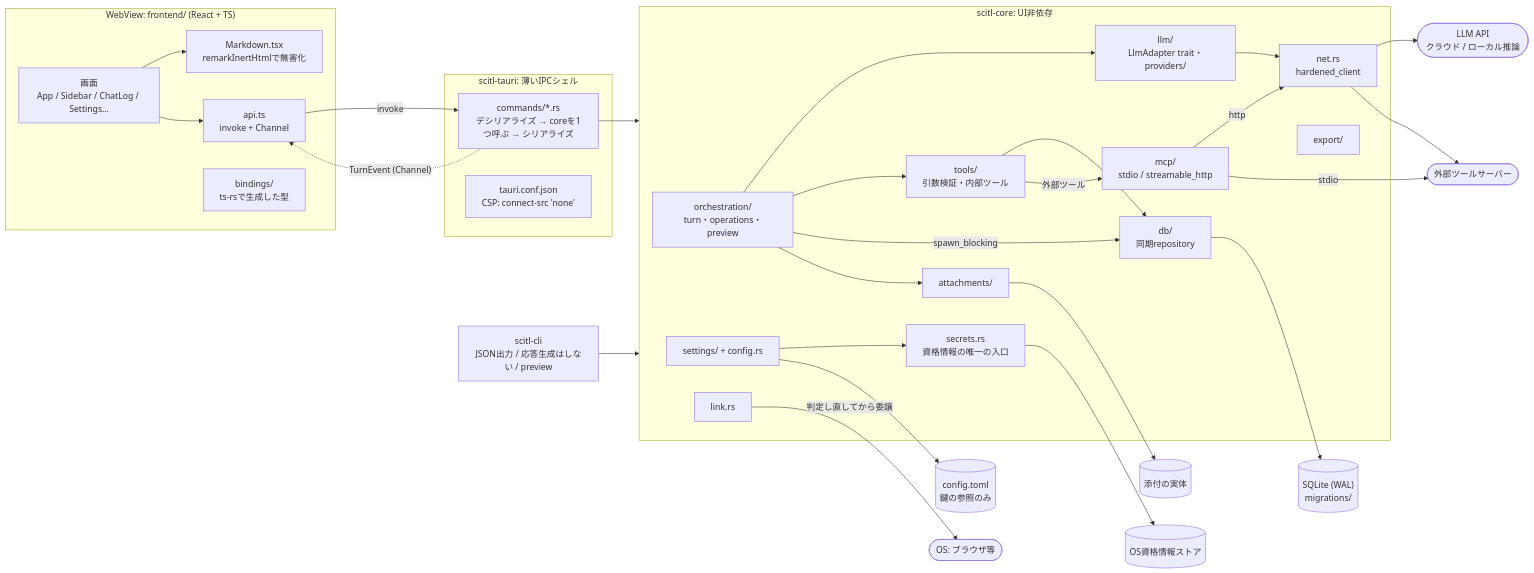
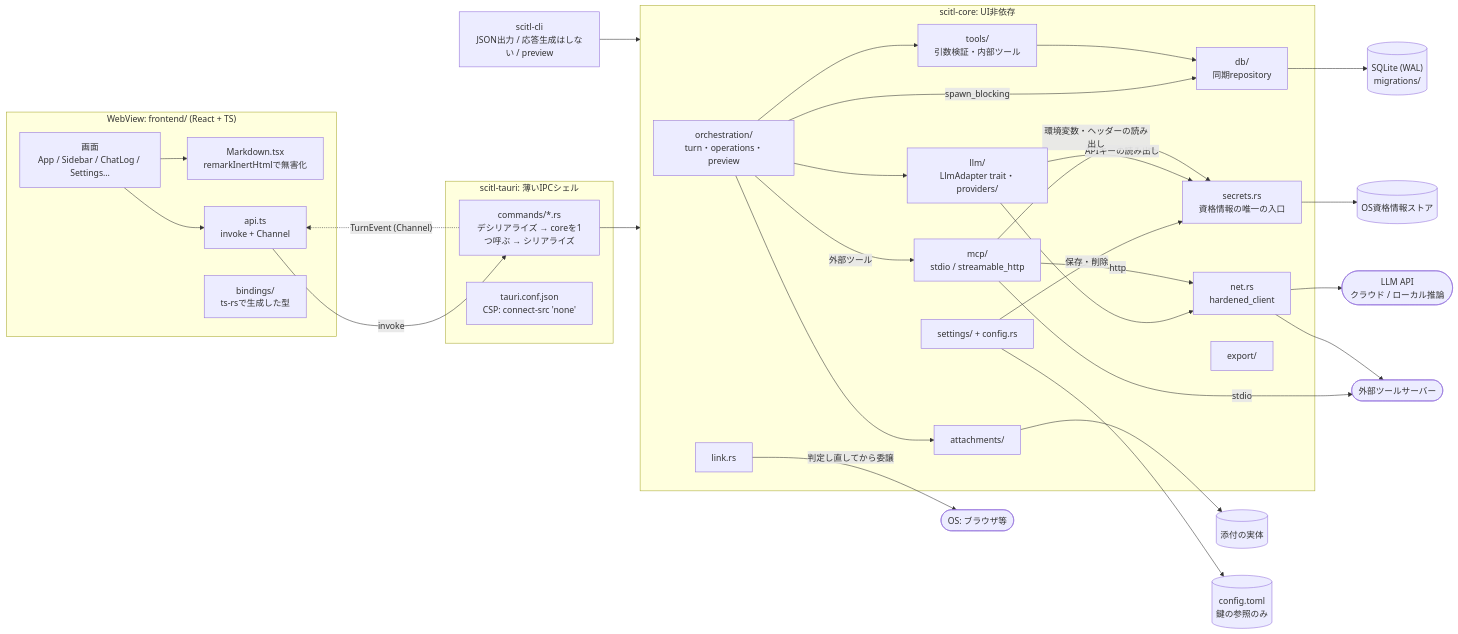
One commit to Hue-215/SCITL changed the first of 3 diagrams in docs/architecture-overview.md. Above: the diagram before and after it, drawn with Mermaid. The commit also changed other lines of this file, not shown here.

Commit message:
概観図の呼び出し元を実装に合わせる
外部ツールサーバーへ接続するのはtoolsではなくorchestration、資格情報はsettings以外にllm・mcpも
直接読み出す。応答生成の単位はタスクではなく会話(総合チャットを含む)。

````diff
--- a/docs/architecture-overview.md
+++ b/docs/architecture-overview.md
@@ -14,63 +14,65 @@
 ```mermaid
 flowchart LR
   subgraph WV["WebView: frontend/ (React + TS)"]
     UI["画面<br/>App / Sidebar / ChatLog / Settings…"]
     MD["Markdown.tsx<br/>remarkInertHtmlで無害化"]
     API["api.ts<br/>invoke + Channel"]
     BIND["bindings/<br/>ts-rsで生成した型"]
   end
 
   subgraph TA["scitl-tauri: 薄いIPCシェル"]
     CMD["commands/*.rs<br/>デシリアライズ → coreを1つ呼ぶ → シリアライズ"]
     CONF["tauri.conf.json<br/>CSP: connect-src 'none'"]
   end
 
   CLI["scitl-cli<br/>JSON出力 / 応答生成はしない / preview"]
 
   subgraph CORE["scitl-core: UI非依存"]
     ORCH["orchestration/<br/>turn・operations・preview"]
     TOOLS["tools/<br/>引数検証・内部ツール"]
     LLM["llm/<br/>LlmAdapter trait・providers/"]
     MCP["mcp/<br/>stdio / streamable_http"]
     DB["db/<br/>同期repository"]
     ATT["attachments/"]
     SET["settings/ + config.rs"]
     SEC["secrets.rs<br/>資格情報の唯一の入口"]
     NET["net.rs<br/>hardened_client"]
     LINK["link.rs"]
     EXP["export/"]
   end
 
   SQLITE[("SQLite (WAL)<br/>migrations/")]
   FILES[("添付の実体")]
   TOML[("config.toml<br/>鍵の参照のみ")]
   KEYRING[("OS資格情報ストア")]
   LLMAPI(["LLM API<br/>クラウド / ローカル推論"])
   MCPS(["外部ツールサーバー"])
   OS(["OS: ブラウザ等"])
 
   UI --> MD
   UI --> API
   API -- invoke --> CMD
   CMD -. "TurnEvent (Channel)" .-> API
   CMD --> CORE
   CLI --> CORE
 
   ORCH --> LLM
   ORCH --> TOOLS
   ORCH -- spawn_blocking --> DB
   ORCH --> ATT
   TOOLS --> DB
-  TOOLS -- 外部ツール --> MCP
-  SET --> SEC
+  ORCH -- 外部ツール --> MCP
+  SET -- 保存・削除 --> SEC
+  LLM -- APIキーの読み出し --> SEC
+  MCP -- 環境変数・ヘッダーの読み出し --> SEC
   SET --> TOML
   LLM --> NET
   MCP -- http --> NET
   MCP -- stdio --> MCPS
   NET --> LLMAPI
   NET --> MCPS
   SEC --> KEYRING
   DB --> SQLITE
   ATT --> FILES
   LINK -- 判定し直してから委譲 --> OS
 ```
````
